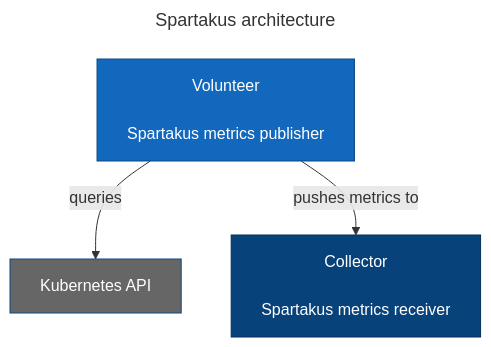
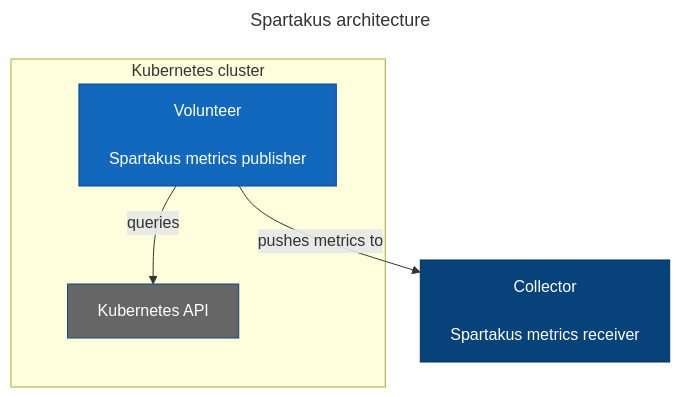
One commit to agrski/agrski.github.io changed the diagram in docs/_drafts/scv2-hodometer-spartakus-container.mmd. Above: the diagram before and after it, drawn with Mermaid.

Commit message:
Add subgraph for services in k8s cluster in Spartakus arch

```diff
--- a/docs/_drafts/scv2-hodometer-spartakus-container.mmd
+++ b/docs/_drafts/scv2-hodometer-spartakus-container.mmd
@@ -1,27 +1,29 @@
 ---
 title: Spartakus architecture
 ---
 
 flowchart TD
   S["Volunteer
 
     Spartakus metrics publisher"
   ]
 
   C["Collector
 
     Spartakus metrics receiver"
   ]
 
   K["Kubernetes API"]
 
-  S --> |queries| K
+  subgraph Kubernetes cluster
+    S --> |queries| K
+  end
   S --> |pushes metrics to| C
 
   classDef focusSystem      fill:#1168bd,stroke:#0b4884,color:#ffffff
   classDef supportingSystem fill:#666,stroke:#0b4884,color:#ffffff
   classDef consumingSystem  fill:#08427b,stroke:#052e56,color:#ffffff
 
   class S focusSystem
   class C consumingSystem
   class K supportingSystem
```
